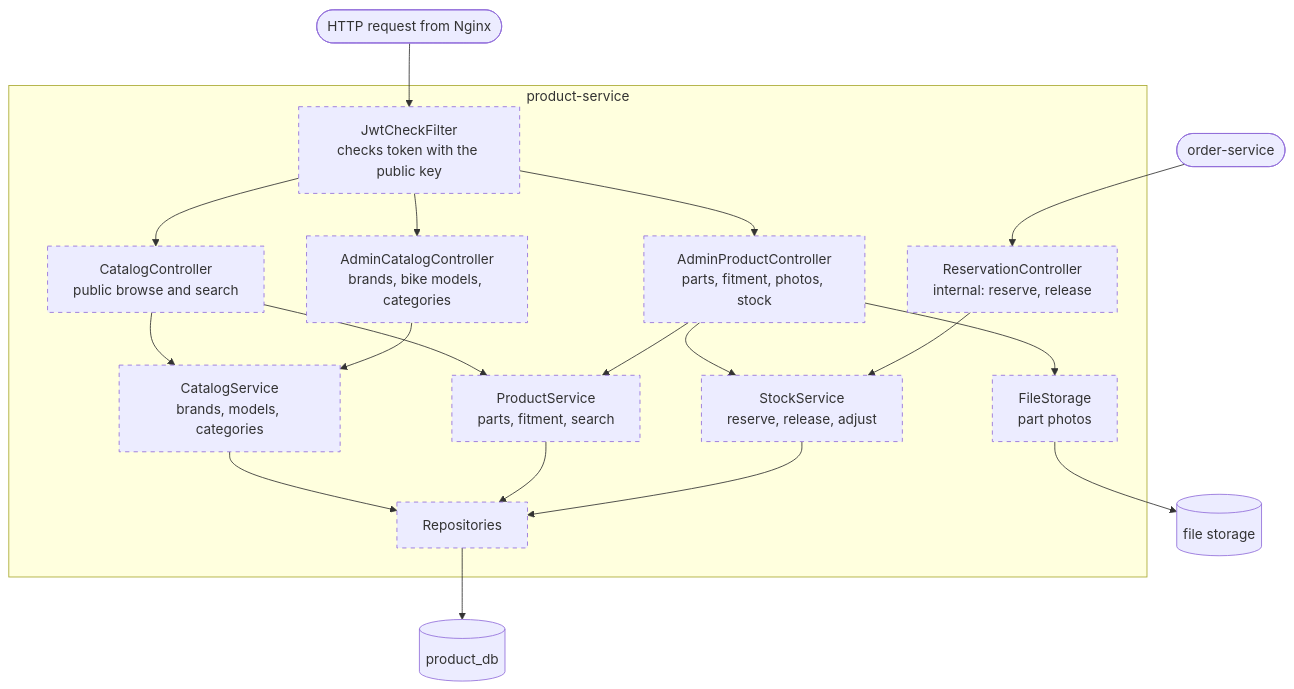
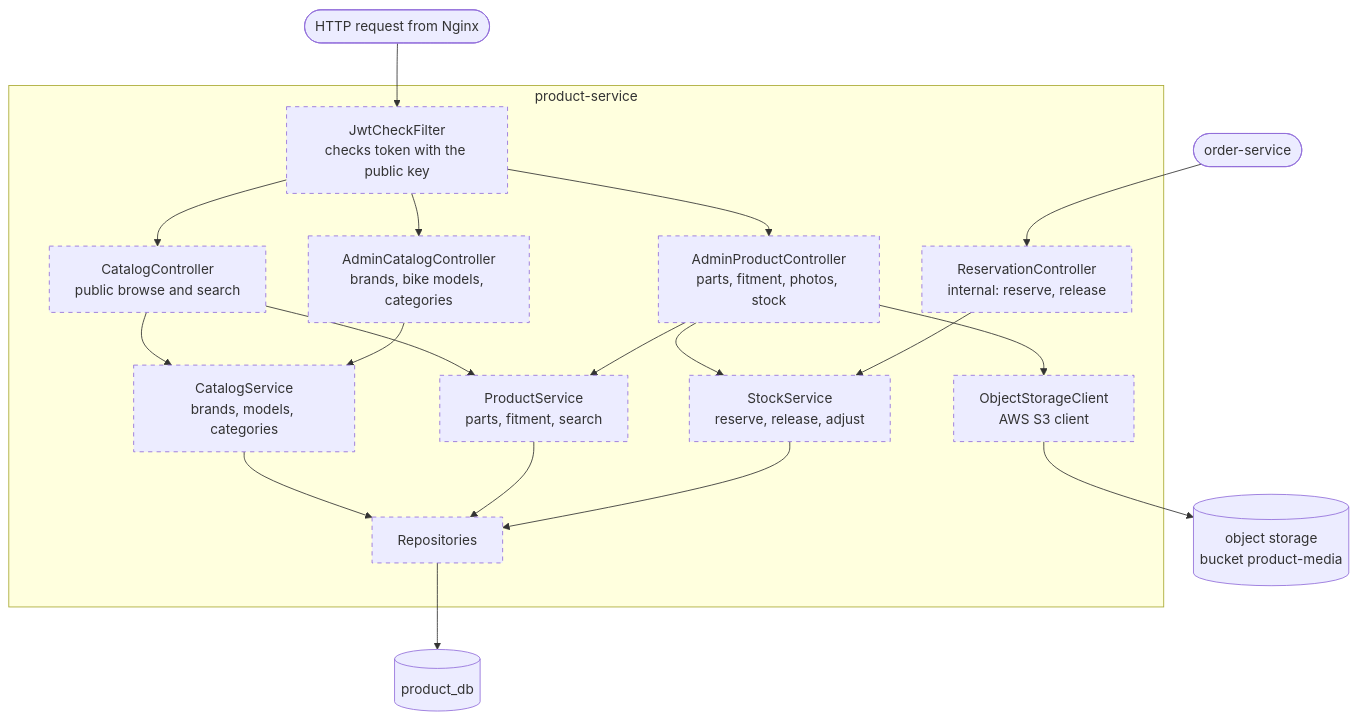
One commit to MotoXpress-wicky/infrastructure changed the first of 2 diagrams in docs/mvp/05-components/product-service.md. Above: the diagram before and after it, drawn with Mermaid. The commit also changed other lines of this file and 17 other files, not shown here.

First line of the commit message:
docs(mvp): update design for environments, object storage and CI/CD

````diff
--- a/docs/mvp/05-components/product-service.md
+++ b/docs/mvp/05-components/product-service.md
@@ -6,45 +6,45 @@
 ```mermaid
 flowchart TB
     req([HTTP request from Nginx])
     orderSvc(["order-service"])
 
     subgraph svc [product-service]
         jwtf["JwtCheckFilter<br/>checks token with the public key"]
         catc["CatalogController<br/>public browse and search"]
         admcat["AdminCatalogController<br/>brands, bike models, categories"]
         admprod["AdminProductController<br/>parts, fitment, photos, stock"]
         intc["ReservationController<br/>internal: reserve, release"]
 
         catsvc["CatalogService<br/>brands, models, categories"]
         prodsvc["ProductService<br/>parts, fitment, search"]
         stock["StockService<br/>reserve, release, adjust"]
-        files["FileStorage<br/>part photos"]
+        files["ObjectStorageClient<br/>AWS S3 client"]
         repo["Repositories"]
     end
 
     db[("product_db")]
-    folder[("file storage")]
+    folder[("object storage<br/>bucket product-media")]
 
     req --> jwtf
     jwtf --> catc
     jwtf --> admcat
     jwtf --> admprod
     orderSvc --> intc
 
     catc --> catsvc
     catc --> prodsvc
     admcat --> catsvc
     admprod --> prodsvc
     admprod --> stock
     admprod --> files
     intc --> stock
 
     files --> folder
     catsvc --> repo
     prodsvc --> repo
     stock --> repo
     repo --> db
 
     classDef planned stroke-dasharray: 5 5
     class jwtf,catc,admcat,admprod,intc,catsvc,prodsvc,stock,files,repo planned
 ```
````
